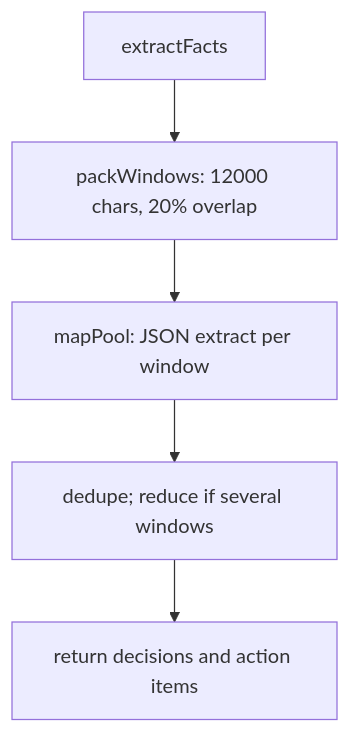
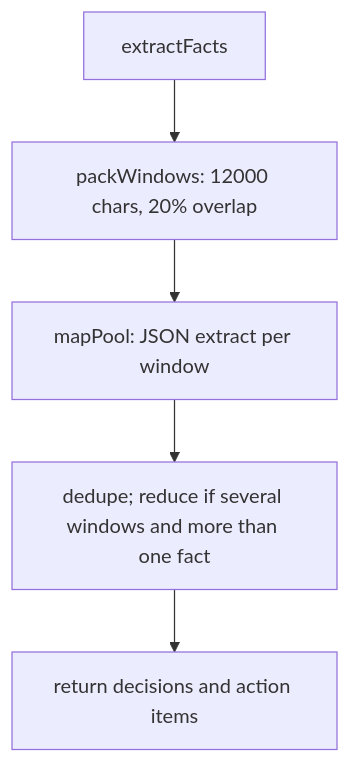
The sixth of 6 diagrams in docs/flows/ingestion.md (adamrefaey/meeting-intelligence), drawn with Mermaid before and after one commit. The commit also changed other lines of this file and 3 other files, not shown here.

First line of the commit message:
refactor: update README and documentation for ingestion and retrieval flows

````diff
--- a/docs/flows/ingestion.md
+++ b/docs/flows/ingestion.md
@@ -129,10 +132,10 @@
 ```mermaid
 flowchart TD
   start["extractFacts"]
   pack["packWindows: 12000 chars, 20% overlap"]
   map["mapPool: JSON extract per window"]
-  merge["dedupe; reduce if several windows"]
+  merge["dedupe; reduce if several windows and more than one fact"]
   facts["return decisions and action items"]
 
   start --> pack --> map --> merge --> facts
 ```
````
